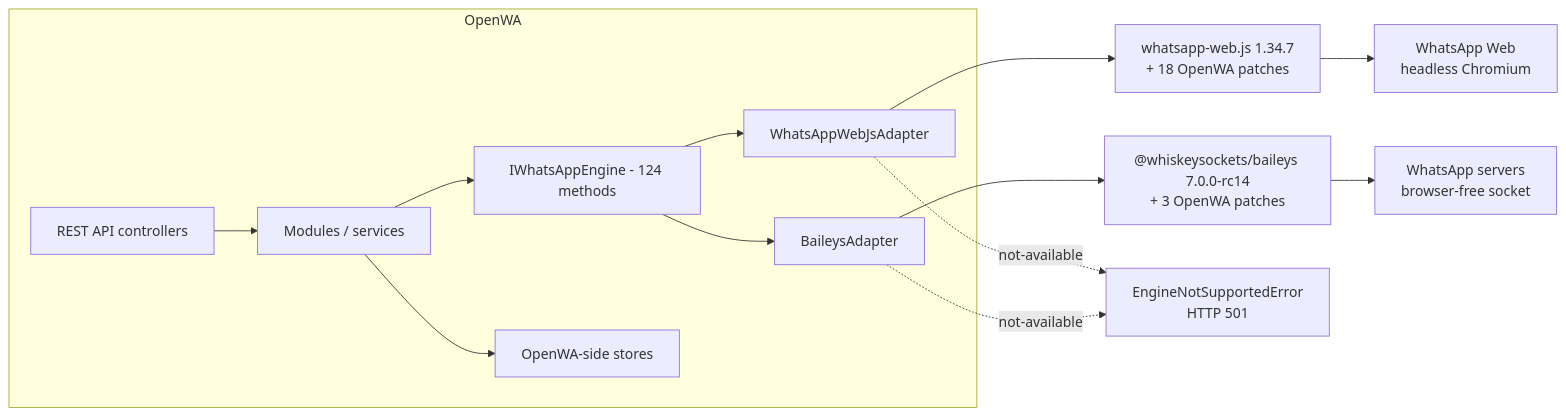
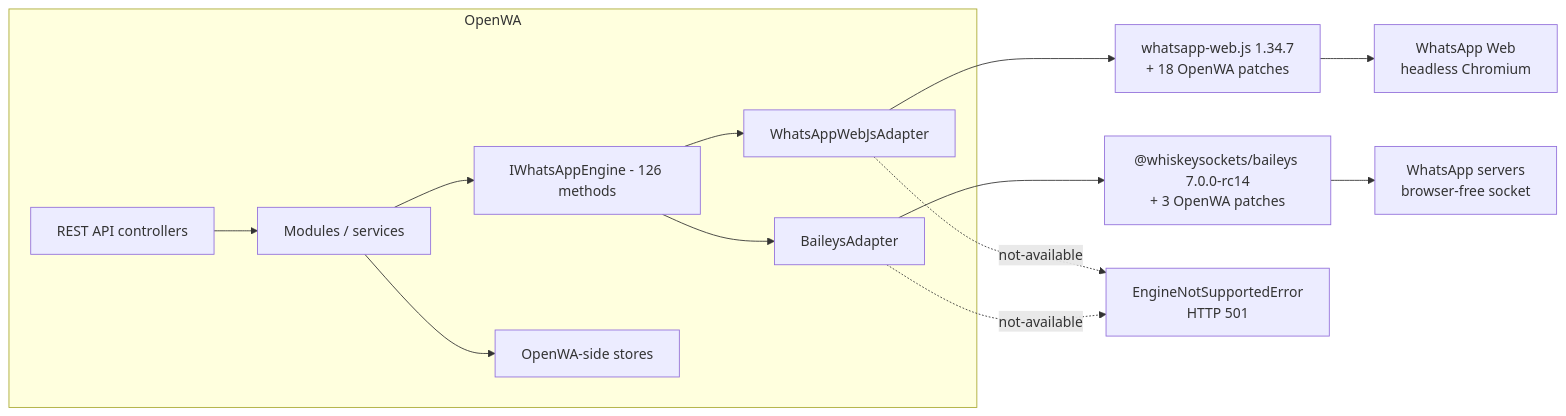
One commit to purnamcommunity/OpenWA changed the first of 2 diagrams in docs/29-engine-capability-matrix.md. Above: the diagram before and after it, drawn with Mermaid. The commit also changed other lines of this file and 11 other files, not shown here.

````diff
--- a/docs/29-engine-capability-matrix.md
+++ b/docs/29-engine-capability-matrix.md
@@ -44,16 +44,16 @@
 ```mermaid
 flowchart LR
     subgraph OpenWA["OpenWA"]
         API["REST API controllers"] --> SVC["Modules / services"]
-        SVC --> IF["IWhatsAppEngine - 124 methods"]
+        SVC --> IF["IWhatsAppEngine - 126 methods"]
         IF --> WA["WhatsAppWebJsAdapter"]
         IF --> BA["BaileysAdapter"]
         SVC --> STORE["OpenWA-side stores"]
     end
     WA --> WLIB["whatsapp-web.js 1.34.7<br/>+ 18 OpenWA patches"]
     BA --> BLIB["@whiskeysockets/baileys 7.0.0-rc14<br/>+ 3 OpenWA patches"]
     WLIB --> WEB["WhatsApp Web<br/>headless Chromium"]
     BLIB --> WAS["WhatsApp servers<br/>browser-free socket"]
     WA -.->|"not-available"| E["EngineNotSupportedError<br/>HTTP 501"]
     BA -.->|"not-available"| E
 ```
````
